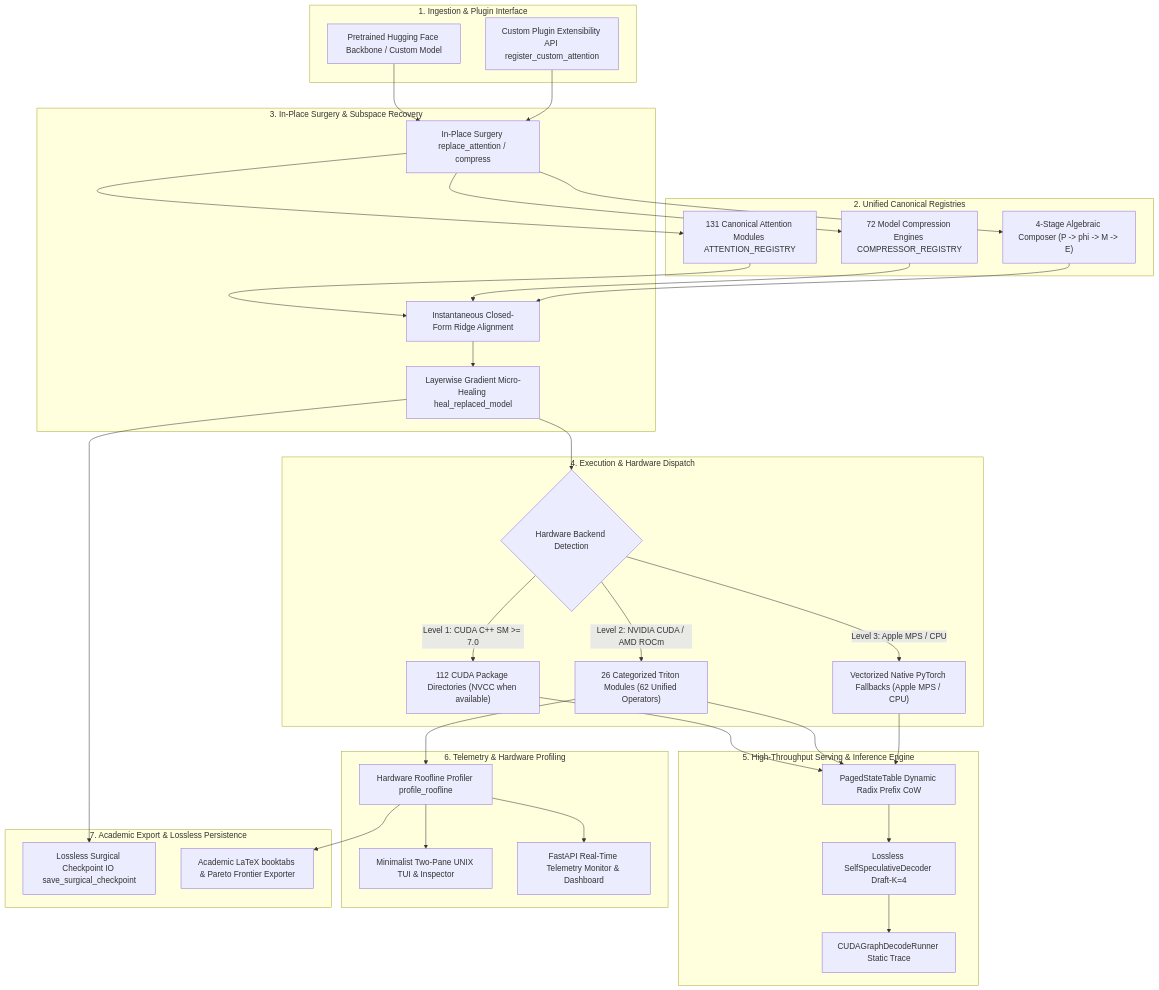
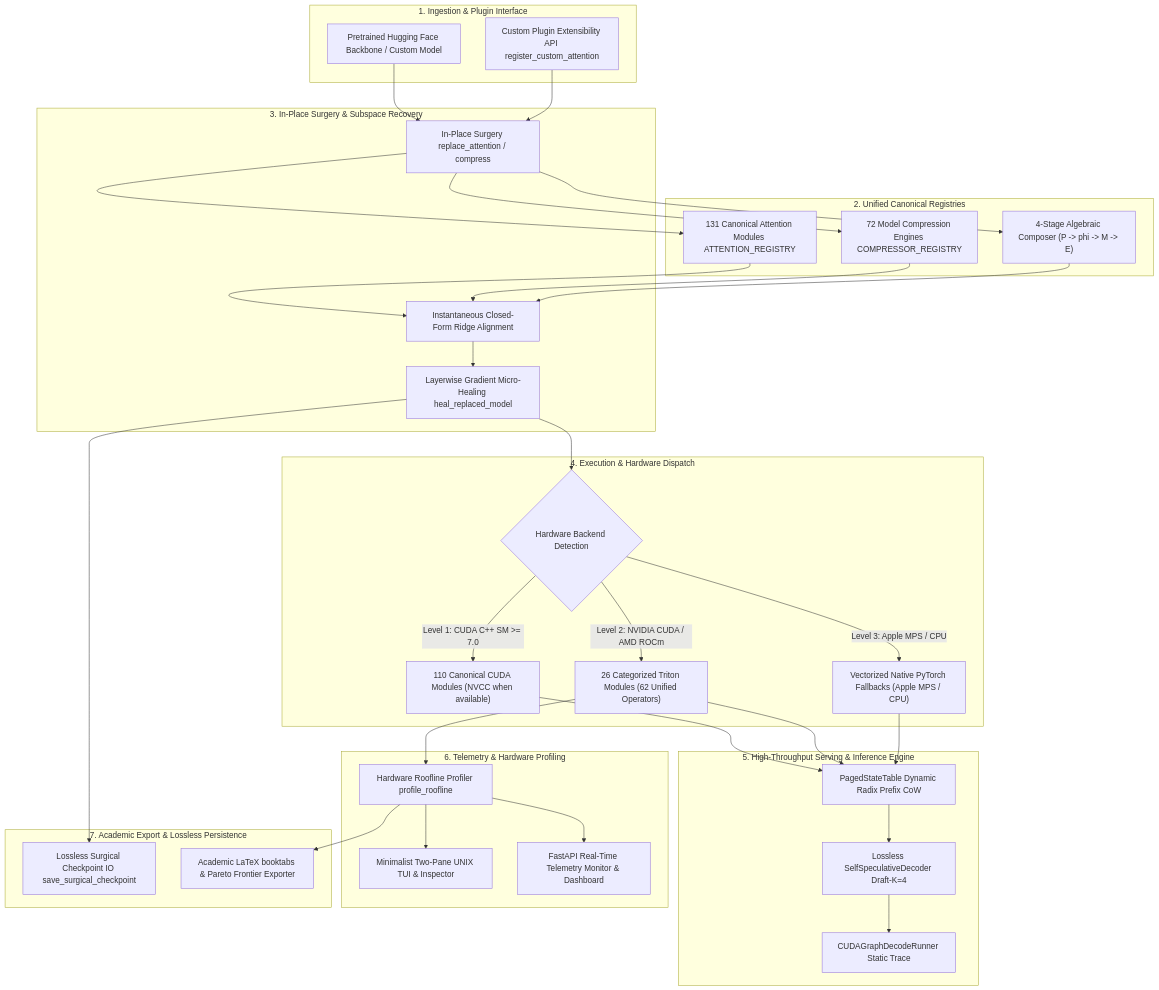
Before and after one commit to tahamajs/NeuralOps: the third of 4 diagrams in README.md, drawn with Mermaid. The commit also changed other lines of this file and 47 other files, not shown here.

````diff
--- a/README.md
+++ b/README.md
@@ -1042,67 +1042,67 @@
 ```mermaid
 flowchart TD
     subgraph Layer1 ["1. Ingestion & Plugin Interface"]
         HF["Pretrained Hugging Face Backbone / Custom Model"]
         Ext["Custom Plugin Extensibility API register_custom_attention"]
     end
 
     subgraph Layer2 ["2. Unified Canonical Registries"]
         AttnZoo["131 Canonical Attention Modules ATTENTION_REGISTRY"]
         CompEngines["72 Model Compression Engines COMPRESSOR_REGISTRY"]
         Composer["4-Stage Algebraic Composer (P -> phi -> M -> E)"]
     end
 
     subgraph Layer3 ["3. In-Place Surgery & Subspace Recovery"]
         Surgery["In-Place Surgery replace_attention / compress"]
         Ridge["Instantaneous Closed-Form Ridge Alignment"]
         MicroHeal["Layerwise Gradient Micro-Healing heal_replaced_model"]
     end
 
     subgraph Layer4 ["4. Execution & Hardware Dispatch"]
         BackendCheck{"Hardware Backend Detection"}
-        CUDACPP["112 CUDA Package Directories (NVCC when available)"]
+        CUDACPP["110 Canonical CUDA Modules (NVCC when available)"]
         Triton["26 Categorized Triton Modules (62 Unified Operators)"]
         Fallback["Vectorized Native PyTorch Fallbacks (Apple MPS / CPU)"]
     end
 
     subgraph Layer5 ["5. High-Throughput Serving & Inference Engine"]
         PagedState["PagedStateTable Dynamic Radix Prefix CoW"]
         SpecDecode["Lossless SelfSpeculativeDecoder Draft-K=4"]
         CUDAGraph["CUDAGraphDecodeRunner Static Trace"]
     end
 
     subgraph Layer6 ["6. Telemetry & Hardware Profiling"]
         Roofline["Hardware Roofline Profiler profile_roofline"]
         TUI["Minimalist Two-Pane UNIX TUI & Inspector"]
         WebMon["FastAPI Real-Time Telemetry Monitor & Dashboard"]
     end
 
     subgraph Layer7 ["7. Academic Export & Lossless Persistence"]
         SurgIO["Lossless Surgical Checkpoint IO save_surgical_checkpoint"]
         LaTeX["Academic LaTeX booktabs & Pareto Frontier Exporter"]
     end
 
     HF --> Surgery
     Ext --> Surgery
     Surgery --> AttnZoo
     Surgery --> CompEngines
     Surgery --> Composer
     AttnZoo --> Ridge
     CompEngines --> Ridge
     Composer --> Ridge
     Ridge --> MicroHeal
     MicroHeal --> BackendCheck
     BackendCheck -- "Level 1: CUDA C++ SM >= 7.0" --> CUDACPP
     BackendCheck -- "Level 2: NVIDIA CUDA / AMD ROCm" --> Triton
     BackendCheck -- "Level 3: Apple MPS / CPU" --> Fallback
     CUDACPP --> PagedState
     Triton --> PagedState
     Fallback --> PagedState
     PagedState --> SpecDecode
     SpecDecode --> CUDAGraph
     Triton --> Roofline
     Roofline --> TUI
     Roofline --> WebMon
     MicroHeal --> SurgIO
     Roofline --> LaTeX
 ```
````
